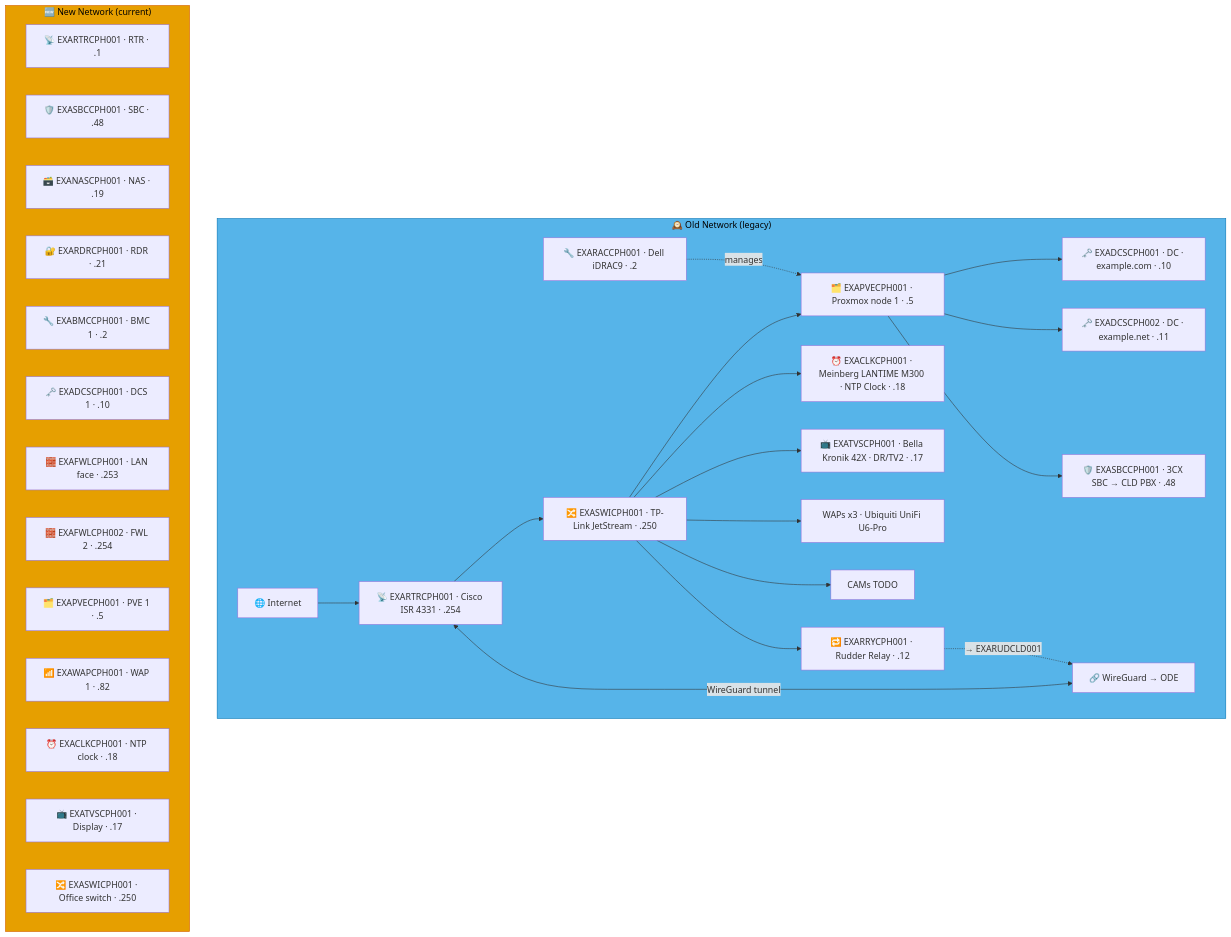
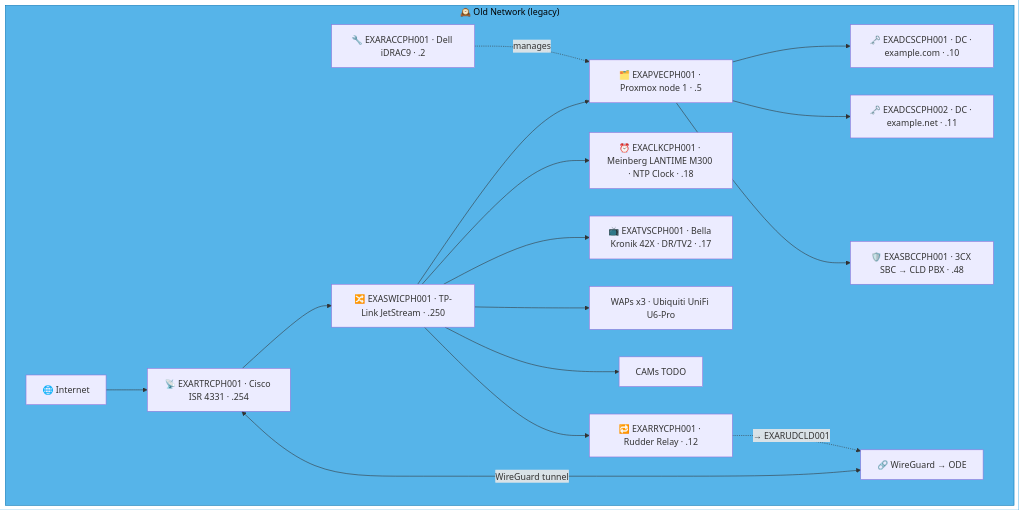
The first of 18 diagrams in docs/network-diagram/danmark.md (knightmare2600/example_music_infra), drawn with Mermaid before and after one commit. The commit also changed other lines of this file and 35 other files, not shown here.

````diff
--- a/docs/network-diagram/danmark.md
+++ b/docs/network-diagram/danmark.md
@@ -16,47 +16,29 @@
 ```mermaid
 graph TD
     subgraph OLD_CPH ["🕰️ Old Network (legacy)"]
       INET["🌐 Internet"]
       SW["🔀 EXASWICPH001 · TP-Link JetStream · .250"]
       RTR["📡 EXARTRCPH001 · Cisco ISR 4331 · .254"]
       RAC["🔧 EXARACCPH001 · Dell iDRAC9 · .2"]
       PVE["🗂️ EXAPVECPH001 · Proxmox node 1 · .5"]
       DC1["🗝️ EXADCSCPH001 · DC · example.com · .10"]
       DC2["🗝️ EXADCSCPH002 · DC · example.net · .11"]
       SBC["🛡️ EXASBCCPH001 · 3CX SBC → CLD PBX · .48"]
       RRY["🔁 EXARRYCPH001 · Rudder Relay · .12"]
       NTP["⏰ EXACLKCPH001 · Meinberg LANTIME M300 · NTP Clock · .18"]
       TV["📺 EXATVSCPH001 · Bella Kronik 42X · DR/TV2 · .17"]
       WAP["WAPs x3 · Ubiquiti UniFi U6-Pro"]
       CAM["CAMs TODO"]
       VPN["🔗 WireGuard → ODE"]
 
       INET --> RTR --> SW
       SW --> PVE --> DC1 & DC2 & SBC
       RAC -.->|"manages"| PVE
       SW --> NTP & TV & WAP & CAM
       RTR <-->|"WireGuard tunnel"| VPN
 
       SW --> RRY
       RRY -. "→ EXARUDCLD001" .-> VPN
     end
     style OLD_CPH fill:#56B4E9,stroke:#0072B2,color:#000000
-    %% GENERATED:NEW-NETWORK:CPH:START
-    subgraph NEW_CPH ["🆕 New Network (current)"]
-      N_RTR["📡 EXARTRCPH001 · RTR · .1"]
-      N_SBC["🛡️ EXASBCCPH001 · SBC · .48"]
-      N_NAS["🗃️ EXANASCPH001 · NAS · .19"]
-      N_RDR["🔐 EXARDRCPH001 · RDR · .21"]
-      N_BMC["🔧 EXABMCCPH001 · BMC 1 · .2"]
-      N_DCS["🗝️ EXADCSCPH001 · DCS 1 · .10"]
-      N_FWL["🧱 EXAFWLCPH001 · LAN face · .253"]
-      N_FWL2["🧱 EXAFWLCPH002 · FWL 2 · .254"]
-      N_PVE["🗂️ EXAPVECPH001 · PVE 1 · .5"]
-      N_WAP["📶 EXAWAPCPH001 · WAP 1 · .82"]
-      N_CLK["⏰ EXACLKCPH001 · NTP clock · .18"]
-      N_TVS["📺 EXATVSCPH001 · Display · .17"]
-      N_SWI["🔀 EXASWICPH001 · Office switch · .250"]
-    end
-    style NEW_CPH fill:#E69F00,stroke:#D55E00,color:#000000
-    %% GENERATED:NEW-NETWORK:CPH:END
 ```
````
